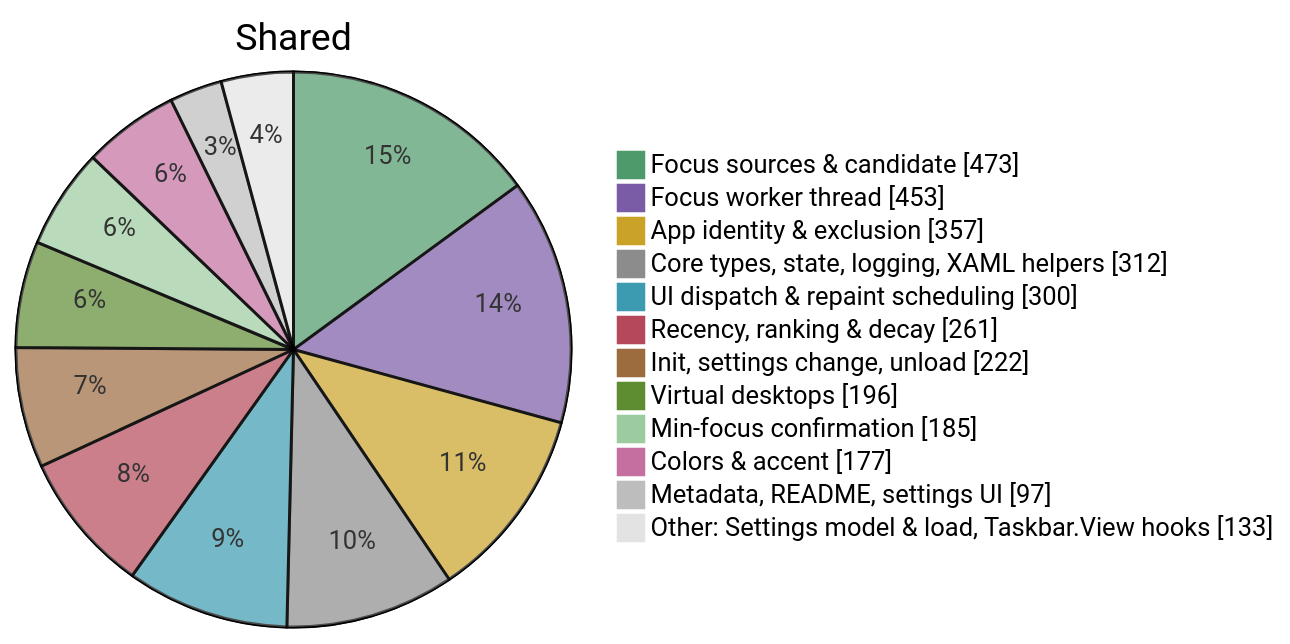
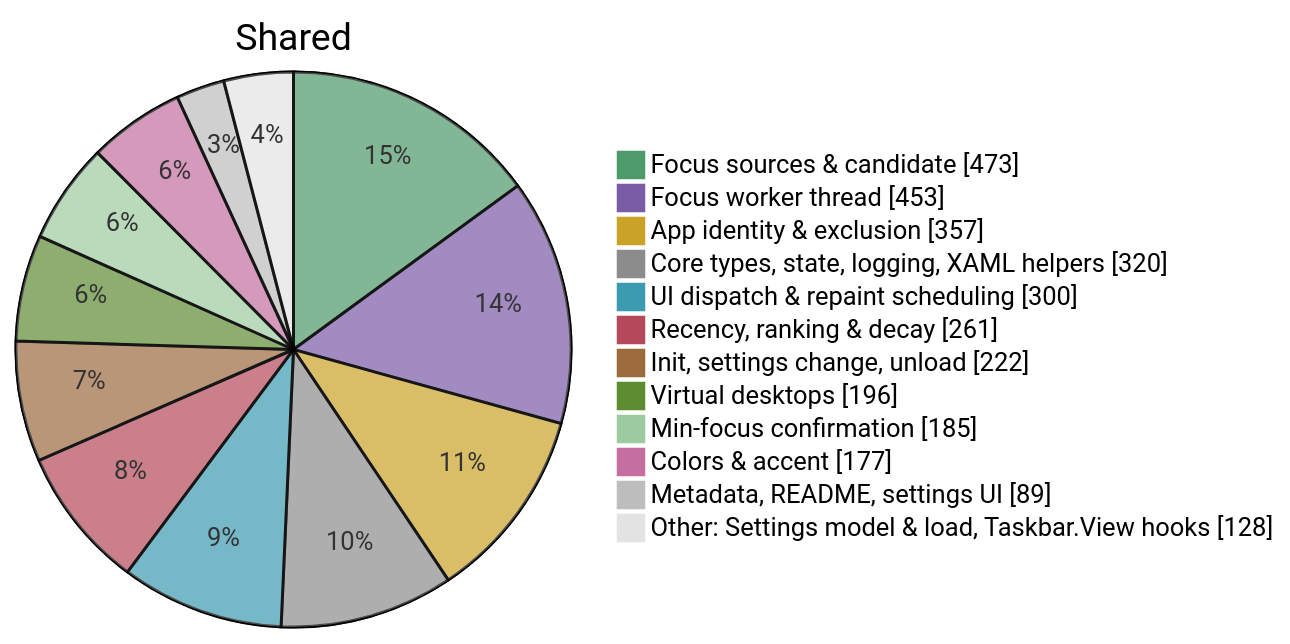
Before and after one commit to jvlasek/taskbar-recent-focus-highlight: the fourth of 5 diagrams in doc/code/code-breakdown.md, drawn with Mermaid. The commit also changed other lines of this file and 11 other files, not shown here.

````diff
--- a/doc/code/code-breakdown.md
+++ b/doc/code/code-breakdown.md
@@ -134,16 +134,16 @@
 ```mermaid
 %%{init: {"themeVariables": {"pie1": "#4E9A6A", "pie2": "#7A5BA6", "pie3": "#C9A227", "pie4": "#8C8C8C", "pie5": "#3C9BB0", "pie6": "#B5495B", "pie7": "#9C6B3E", "pie8": "#5E8C31", "pie9": "#9CCB9F", "pie10": "#C46FA0", "pie11": "#BDBDBD", "pie12": "#E3E3E3", "pieOuterStrokeWidth": "1px"}}}%%
 pie showData title Shared
     "Focus sources & candidate" : 473
     "Focus worker thread" : 453
     "App identity & exclusion" : 357
-    "Core types, state, logging, XAML helpers" : 312
+    "Core types, state, logging, XAML helpers" : 320
     "UI dispatch & repaint scheduling" : 300
     "Recency, ranking & decay" : 261
     "Init, settings change, unload" : 222
     "Virtual desktops" : 196
     "Min-focus confirmation" : 185
     "Colors & accent" : 177
-    "Metadata, README, settings UI" : 97
-    "Other: Settings model & load, Taskbar.View hooks" : 133
+    "Metadata, README, settings UI" : 89
+    "Other: Settings model & load, Taskbar.View hooks" : 128
 ```
````
